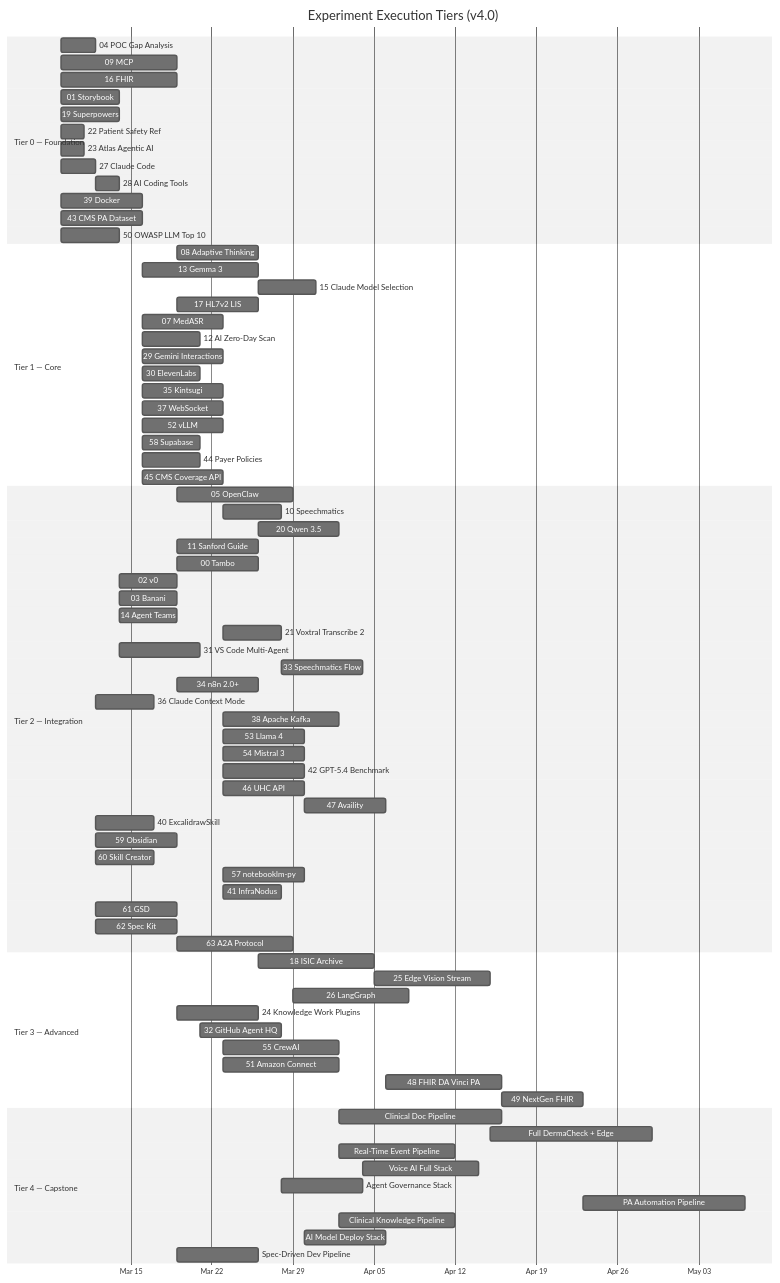
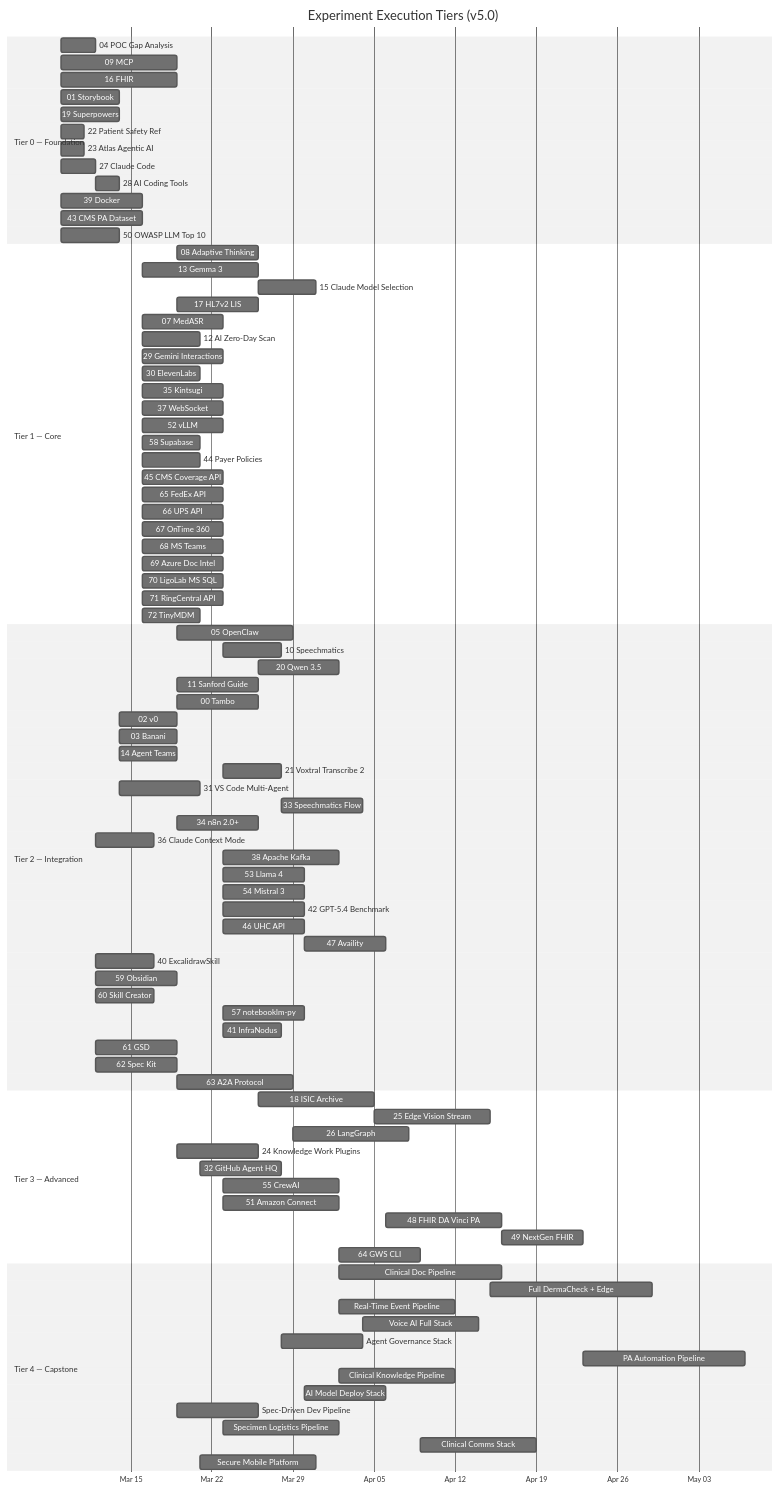
The second of 4 diagrams in docs/experiments/00-Experiment-Interconnection-Roadmap.md (ammar-utexas/demo), drawn with Mermaid (neutral theme) before and after one commit. The commit also changed other lines of this file and 9 other files, not shown here.

First line of the commit message:
Update Experiment Interconnection Roadmap to v5.0 with experiments 64-72

````diff
--- a/docs/experiments/00-Experiment-Interconnection-Roadmap.md
+++ b/docs/experiments/00-Experiment-Interconnection-Roadmap.md
@@ -504,6 +566,6 @@
 ```mermaid
 gantt
-    title Experiment Execution Tiers (v4.0)
+    title Experiment Execution Tiers (v5.0)
     dateFormat YYYY-MM-DD
     axisFormat %b %d
 
@@ -536,6 +598,14 @@
     58 Supabase                :t58, after t39, 5d
     44 Payer Policies          :t44, after t39, 5d
     45 CMS Coverage API        :t45, after t43, 7d
+    65 FedEx API               :t65, 2026-03-16, 7d
+    66 UPS API                 :t66, 2026-03-16, 7d
+    67 OnTime 360              :t67, 2026-03-16, 7d
+    68 MS Teams                :t68, 2026-03-16, 7d
+    69 Azure Doc Intel         :t69, 2026-03-16, 7d
+    70 LigoLab MS SQL          :t70, 2026-03-16, 7d
+    71 RingCentral API         :t71, 2026-03-16, 7d
+    72 TinyMDM                 :t72, 2026-03-16, 5d
 
     section Tier 2 — Integration
     05 OpenClaw                :t05, after t09, 10d
@@ -576,6 +646,7 @@
     51 Amazon Connect          :t51, after t52, 10d
     48 FHIR DA Vinci PA        :t48, after t47, 10d
     49 NextGen FHIR            :t49, after t48, 7d
+    64 GWS CLI                 :t64, after t55, 7d
 
     section Tier 4 — Capstone
     Clinical Doc Pipeline      :t_cdp, after t55, 14d
@@ -587,4 +658,7 @@
     Clinical Knowledge Pipeline:t_ckp, after t55, 10d
     AI Model Deploy Stack      :t_ams, after t42, 7d
     Spec-Driven Dev Pipeline   :t_sdp, after t62, 7d
+    Specimen Logistics Pipeline:t_slp, after t67, 10d
+    Clinical Comms Stack       :t_ccs, after t64, 10d
+    Secure Mobile Platform     :t_smp, after t72, 10d
 ```
````
